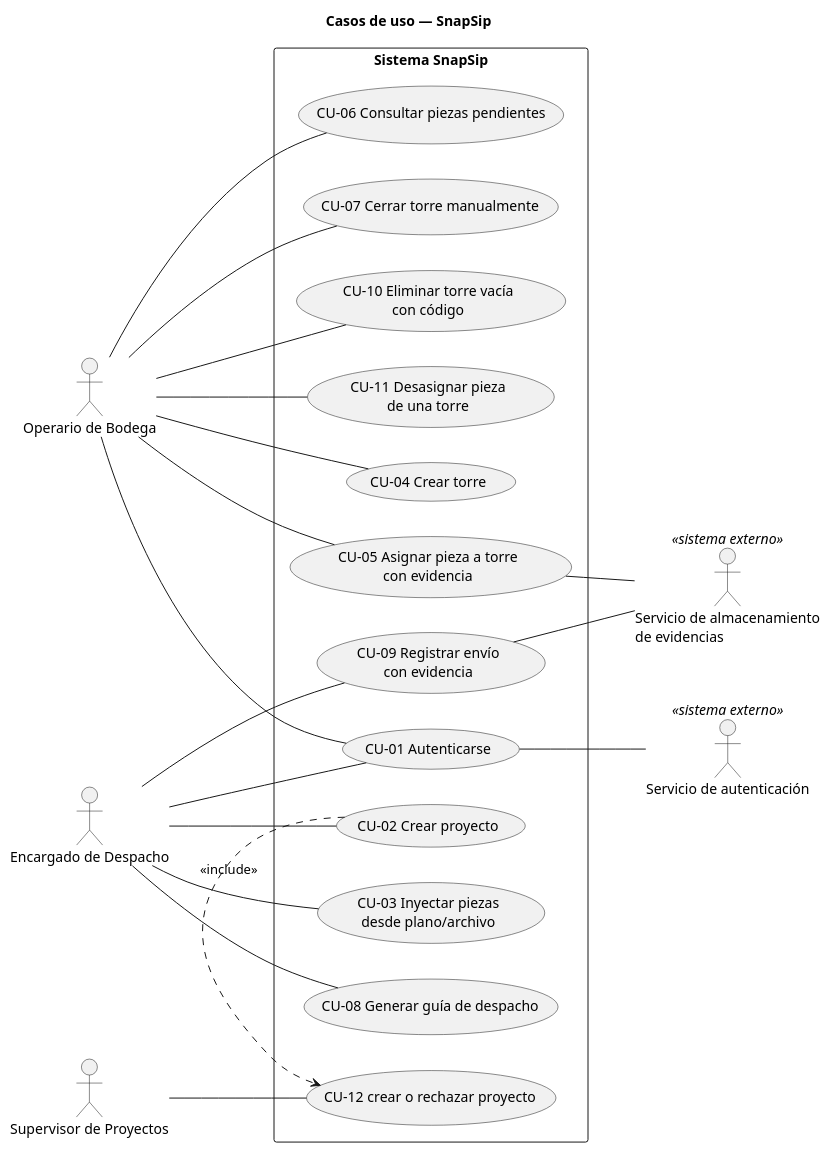
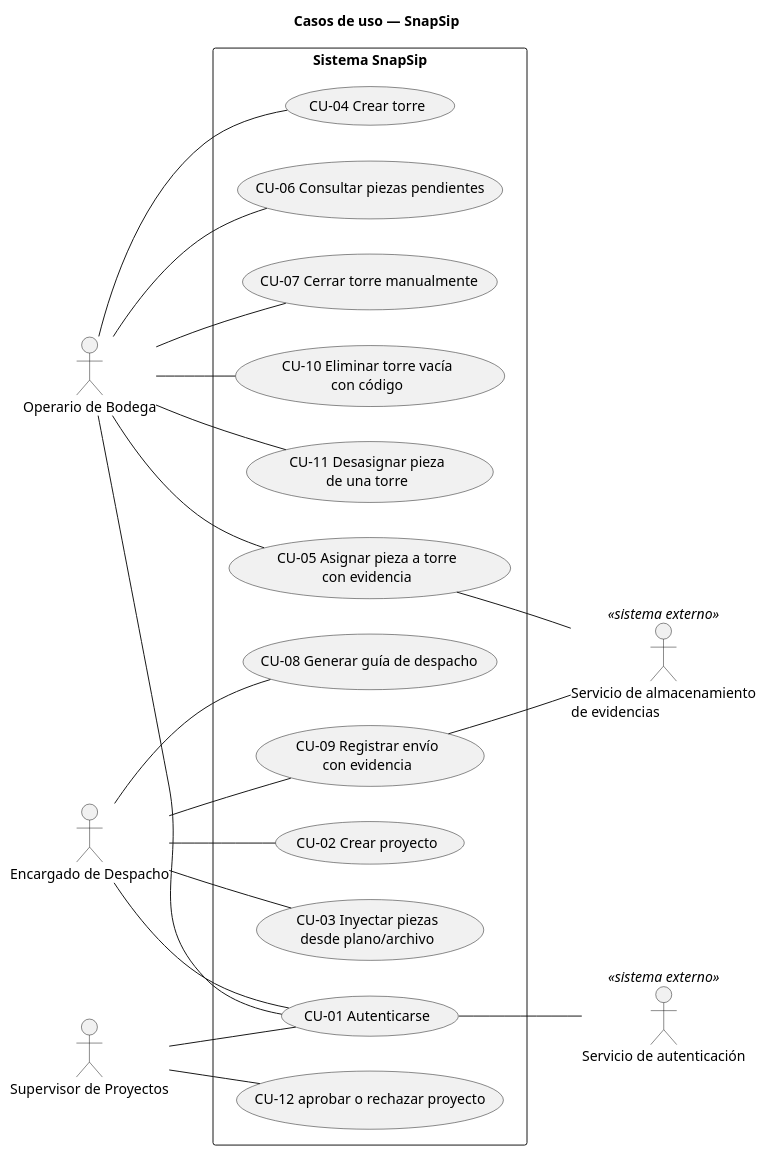
Before and after one commit to Foyzen-Kaze/snapsip: the diagram in diagramas/casos-de-uso.puml, drawn with PlantUML.

```diff
--- a/diagramas/casos-de-uso.puml
+++ b/diagramas/casos-de-uso.puml
@@ -1,48 +1,48 @@
 @startuml casos-de-uso
 left to right direction
 skinparam shadowing false
 title Casos de uso — SnapSip
 
 actor "Operario de Bodega" as OB
 actor "Encargado de Despacho" as ED
 actor "Servicio de autenticación" as SA <<sistema externo>>
 actor "Servicio de almacenamiento\nde evidencias" as SAE <<sistema externo>>
 actor "Supervisor de Proyectos" as SB
 
 rectangle "Sistema SnapSip" {
   usecase "CU-01 Autenticarse" as CU01
   usecase "CU-02 Crear proyecto" as CU02
   usecase "CU-03 Inyectar piezas\ndesde plano/archivo" as CU03
   usecase "CU-04 Crear torre" as CU04
   usecase "CU-05 Asignar pieza a torre\ncon evidencia" as CU05
   usecase "CU-06 Consultar piezas pendientes" as CU06
   usecase "CU-07 Cerrar torre manualmente" as CU07
   usecase "CU-08 Generar guía de despacho" as CU08
   usecase "CU-09 Registrar envío\ncon evidencia" as CU09
   usecase "CU-10 Eliminar torre vacía\ncon código" as CU10
   usecase "CU-11 Desasignar pieza\nde una torre" as CU11
-  usecase "CU-12 crear o rechazar proyecto" as CU12
+  usecase "CU-12 aprobar o rechazar proyecto" as CU12
 }
 
 OB -- CU01
 OB -- CU04
 OB -- CU05
 OB -- CU06
 OB -- CU07
 OB -- CU10
 OB -- CU11
 SB -- CU12
+SB -- CU01
 
 ED -- CU01
 ED -- CU02
 ED -- CU03
 ED -- CU08
 ED -- CU09
 
 CU01 -- SA
 CU05 -- SAE
 CU09 -- SAE
 
-CU02 .> CU12 : <<include>>
 
 @enduml
```
